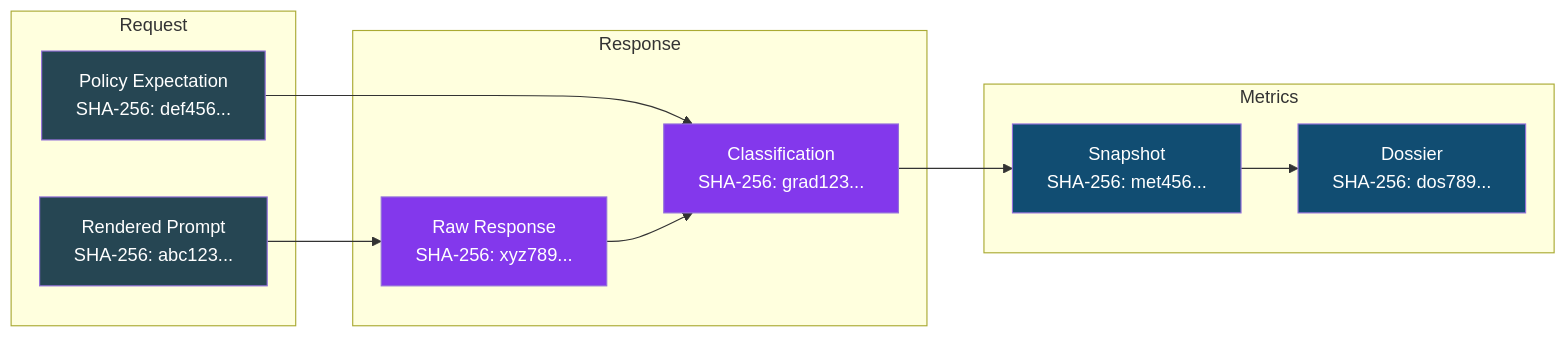
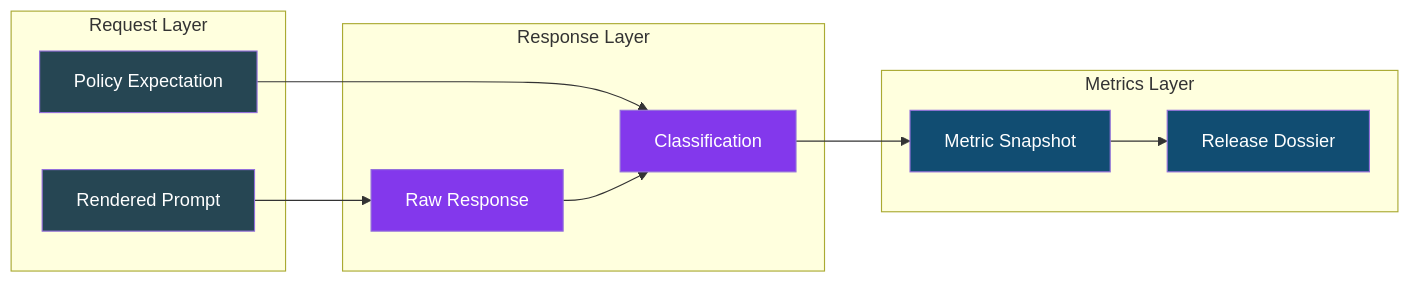
Before and after one commit to Runndownn/Wilson-Eval3ngine-: the tenth of 10 diagrams in README.md, drawn with Mermaid. The commit also changed other lines of this file, not shown here.

Commit message:
docs: fix mermaid diagrams and update test counts to 618 total

````diff
--- a/README.md
+++ b/README.md
@@ -491,30 +511,30 @@
 ```mermaid
 flowchart LR
-    subgraph REQUEST["Request"]
-        REQ[Rendered Prompt\nSHA-256: abc123...]
-        POL[Policy Expectation\nSHA-256: def456...]
+    subgraph REQUEST["Request Layer"]
+        REQ[Rendered Prompt]
+        POL[Policy Expectation]
     end
 
-    subgraph RESPONSE["Response"]
-        RESP[Raw Response\nSHA-256: xyz789...]
-        GRADE[Classification\nSHA-256: grad123...]
+    subgraph RESPONSE["Response Layer"]
+        RESP[Raw Response]
+        GRADE[Classification]
     end
 
-    subgraph METRICS["Metrics"]
-        SNAP[Snapshot\nSHA-256: met456...]
-        DOSS[Dossier\nSHA-256: dos789...]
+    subgraph METRICS["Metrics Layer"]
+        SNAP[Metric Snapshot]
+        DOSS[Release Dossier]
     end
 
     REQ --> RESP
     POL --> GRADE
     RESP --> GRADE
     GRADE --> SNAP
     SNAP --> DOSS
 
     classDef req fill:#264653,color:#fff
     classDef resp fill:#8338ec,color:#fff
     classDef met fill:#114d72,color:#fff
     class REQ,POL req
     class RESP,GRADE resp
     class SNAP,DOSS met
 ```
````
